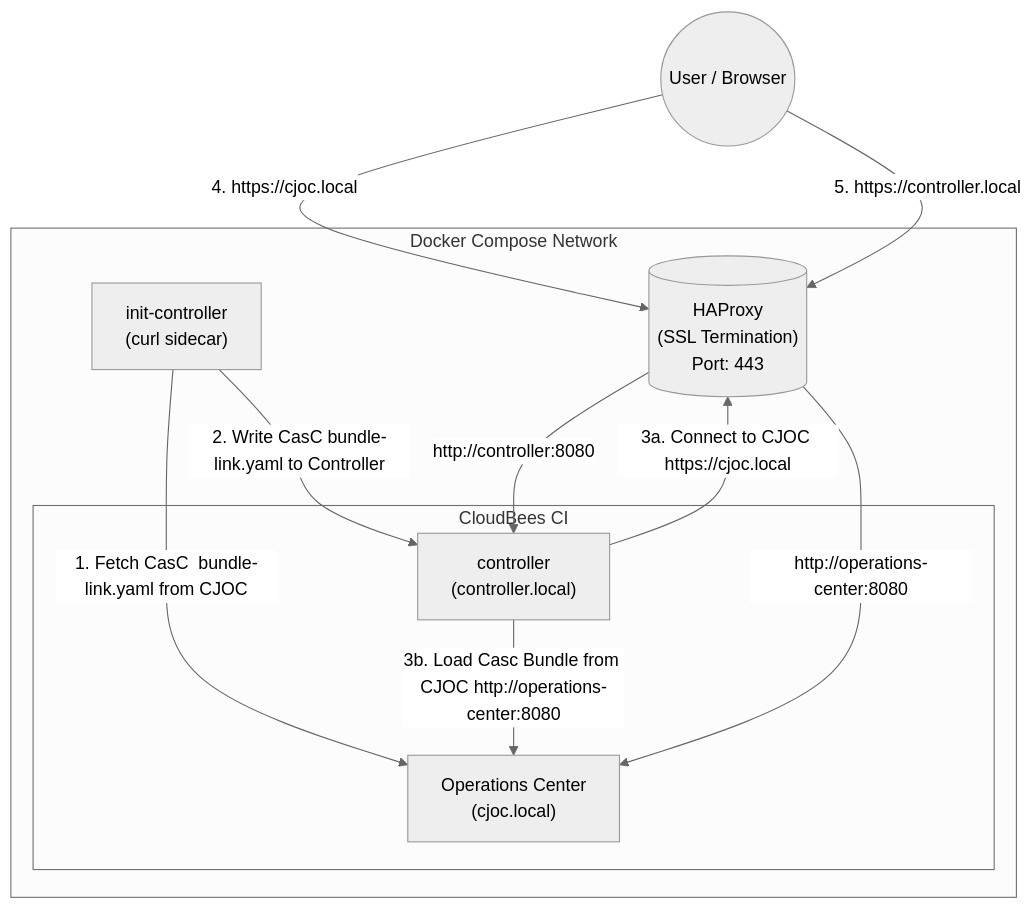
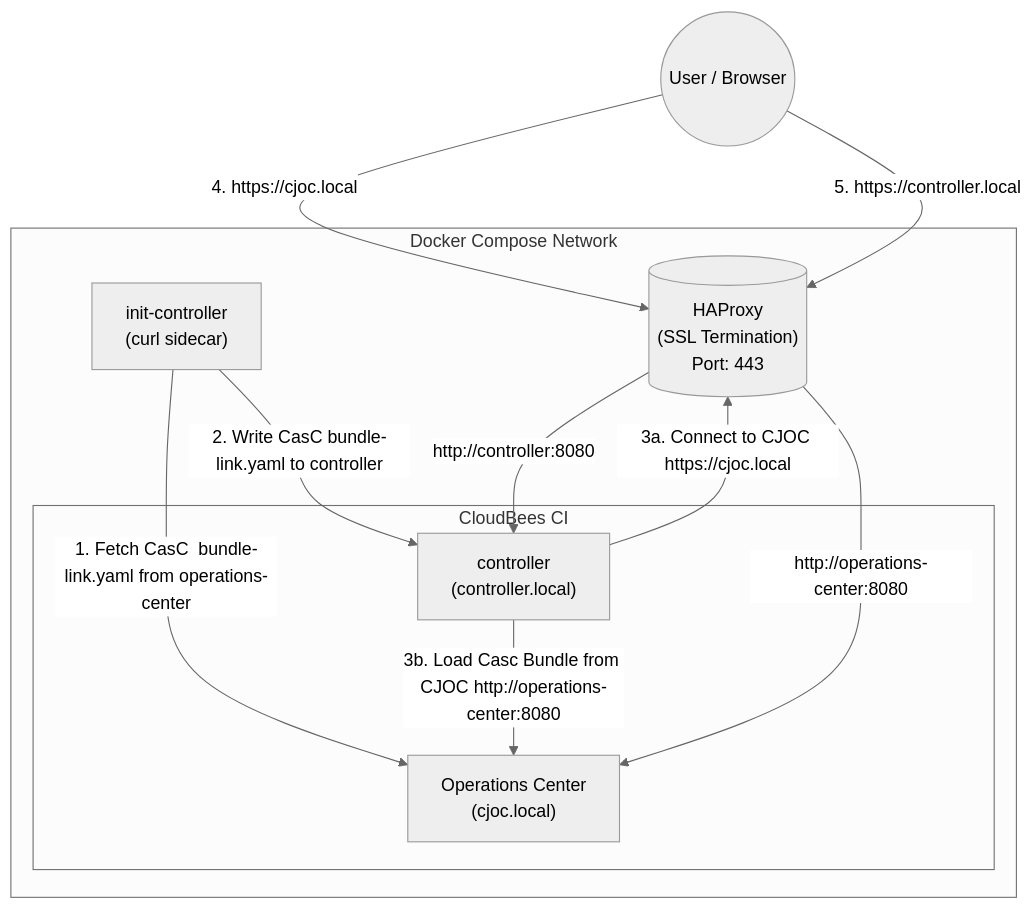
Before and after one commit to cb-ci/ci-traditional: the diagram in README.md, drawn with Mermaid (neutral theme).

````diff
--- a/README.md
+++ b/README.md
@@ -12,27 +12,27 @@
 ```mermaid
 graph TD
     User((User / Browser))
     subgraph "Docker Compose Network"
         HAProxy[("HAProxy
         (SSL Termination)
         Port: 443")]
         
         subgraph "CloudBees CI"
             CJOC["Operations Center
             (cjoc.local)"]
             Controller["controller
             (controller.local)"]
         end
         
         Init["init-controller
         (curl sidecar)"]       
     end    
     
-    Init -- "1. Fetch CasC  bundle-link.yaml from CJOC" --> CJOC
-    Init -- "2. Write CasC bundle-link.yaml to Controller" --> Controller
+    Init -- "1. Fetch CasC  bundle-link.yaml from operations-center" --> CJOC
+    Init -- "2. Write CasC bundle-link.yaml to controller" --> Controller
     Controller -- "3a. Connect to CJOC https://cjoc.local" --> HAProxy
     Controller -- "3b. Load Casc Bundle from CJOC http://operations-center:8080" --> CJOC
 
     User -- "4. https://cjoc.local" --> HAProxy -- "http://operations-center:8080" --> CJOC
     User -- "5. https://controller.local" --> HAProxy -- "http://controller:8080" --> Controller
 ```
````
